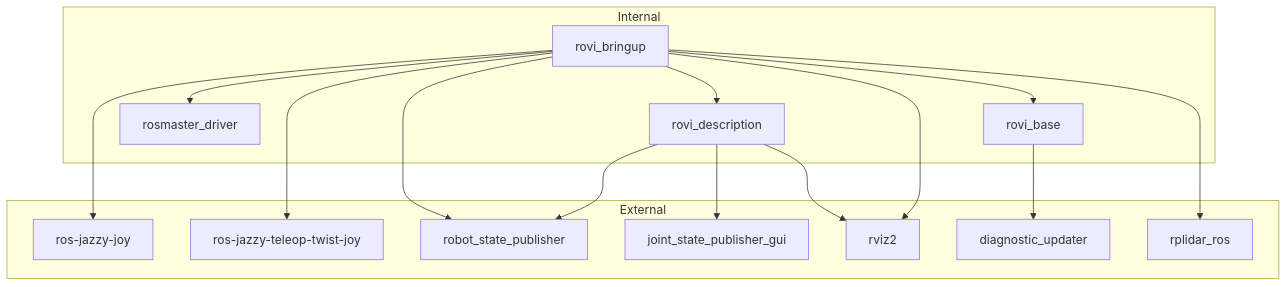
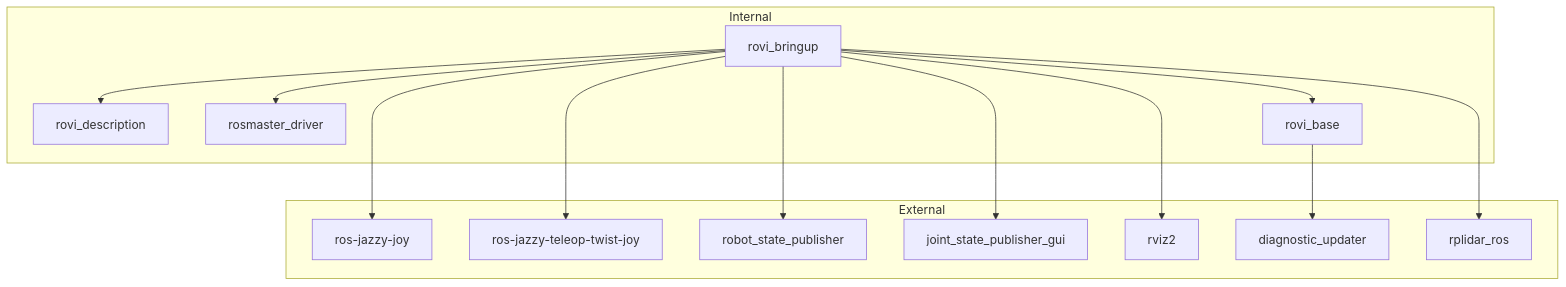
One commit to Roblibs/rovi_ros_ws changed the third of 3 diagrams in README.md. Above: the diagram before and after it, drawn with Mermaid. The commit also changed other lines of this file and 2 other files, not shown here.

Commit message:
cleanup unused packages

````diff
--- a/README.md
+++ b/README.md
@@ -136,34 +136,31 @@
 ```mermaid
 flowchart TD
   subgraph Internal
     RoviBringup[rovi_bringup]
     RoviDesc[rovi_description]
     Rosmaster[rosmaster_driver]
     RoviBase[rovi_base]
   end
 
   subgraph External
     Joy[ros-jazzy-joy]
     Teleop[ros-jazzy-teleop-twist-joy]
   RSP[robot_state_publisher]
   JSPG[joint_state_publisher_gui]
   RVIZ[rviz2]
   Diag[diagnostic_updater]
   RPLidar[rplidar_ros]
   end
 
   RoviBringup --> RoviDesc
   RoviBringup --> Rosmaster
   RoviBringup --> RoviBase
   RoviBringup --> Joy
   RoviBringup --> Teleop
   RoviBringup --> RSP
-  RoviDesc --> RVIZ
+  RoviBringup --> JSPG
   RoviBringup --> RVIZ
   RoviBringup --> RPLidar
 
-  RoviDesc --> RSP
-  RoviDesc --> JSPG
-
   RoviBase --> Diag
 ```
````
